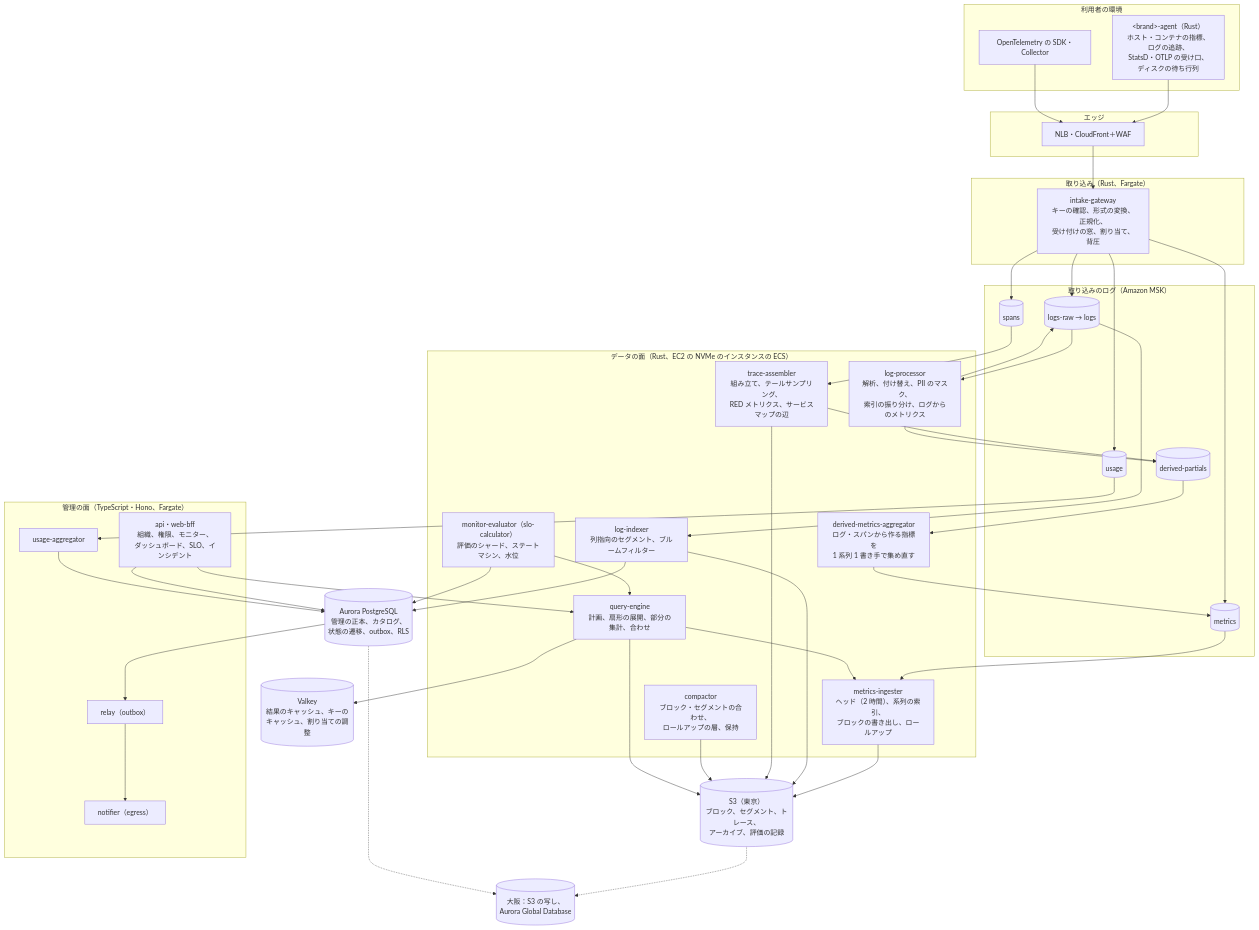
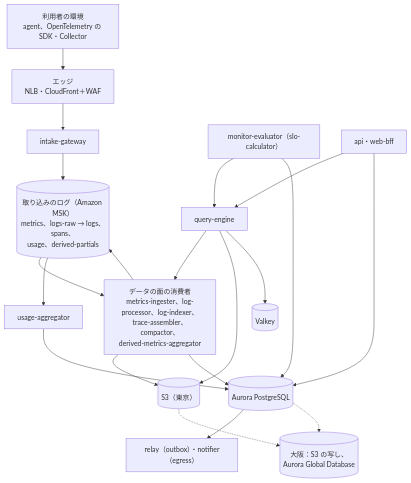
The diagram in systems/datadog/docs/architecture/README.md (shoito/rebuilds), drawn with Mermaid before and after one commit. The commit also changed other lines of this file and 395 other files, not shown here.

First line of the commit message:
docs(systems): add diagrams, slim architecture READMEs, fill missing perspectives

````diff
--- a/systems/datadog/docs/architecture/README.md
+++ b/systems/datadog/docs/architecture/README.md
@@ -26,81 +26,37 @@
 ```mermaid
 flowchart TB
-    subgraph src["利用者の環境"]
-        agent["&lt;brand&gt;-agent（Rust）<br/>ホスト・コンテナの指標、ログの追跡、<br/>StatsD・OTLP の受け口、ディスクの待ち行列"]
-        otel["OpenTelemetry の SDK・Collector"]
-    end
-
-    subgraph edge["エッジ"]
-        nlb["NLB・CloudFront＋WAF"]
-    end
-
-    subgraph intake["取り込み（Rust、Fargate）"]
-        gw["intake-gateway<br/>キーの確認、形式の変換、正規化、<br/>受け付けの窓、割り当て、背圧"]
-    end
-
-    subgraph bus["取り込みのログ（Amazon MSK）"]
-        tm[("metrics")]
-        tl[("logs-raw → logs")]
-        ts[("spans")]
-        tu[("usage")]
-        td[("derived-partials")]
-    end
-
-    subgraph dataplane["データの面（Rust、EC2 の NVMe のインスタンスの ECS）"]
-        ing["metrics-ingester<br/>ヘッド（2 時間）、系列の索引、<br/>ブロックの書き出し、ロールアップ"]
-        lp["log-processor<br/>解析、付け替え、PII のマスク、<br/>索引の振り分け、ログからのメトリクス"]
-        li["log-indexer<br/>列指向のセグメント、ブルームフィルター"]
-        ta["trace-assembler<br/>組み立て、テールサンプリング、<br/>RED メトリクス、サービスマップの辺"]
-        comp["compactor<br/>ブロック・セグメントの合わせ、<br/>ロールアップの層、保持"]
-        q["query-engine<br/>計画、扇形の展開、部分の集計、合わせ"]
-        ev["monitor-evaluator（slo-calculator）<br/>評価のシャード、ステートマシン、水位"]
-        dm["derived-metrics-aggregator<br/>ログ・スパンから作る指標を<br/>1 系列 1 書き手で集め直す"]
-    end
-
-    subgraph control["管理の面（TypeScript・Hono、Fargate）"]
-        api["api・web-bff<br/>組織、権限、モニター、<br/>ダッシュボード、SLO、インシデント"]
-        relay["relay（outbox）"]
-        notif["notifier（egress）"]
-        meter["usage-aggregator"]
-    end
-
-    s3[("S3（東京）<br/>ブロック、セグメント、トレース、<br/>アーカイブ、評価の記録")]
-    aurora[("Aurora PostgreSQL<br/>管理の正本、カタログ、<br/>状態の遷移、outbox、RLS")]
-    valkey[("Valkey<br/>結果のキャッシュ、キーの<br/>キャッシュ、割り当ての調整")]
+    src["利用者の環境<br/>agent、OpenTelemetry の SDK・Collector"]
+    edge["エッジ<br/>NLB・CloudFront＋WAF"]
+    gw["intake-gateway"]
+    msk[("取り込みのログ（Amazon MSK）<br/>metrics、logs-raw → logs、spans、<br/>usage、derived-partials")]
+    data["データの面の消費者<br/>metrics-ingester、log-processor、log-indexer、<br/>trace-assembler、compactor、<br/>derived-metrics-aggregator"]
+    q["query-engine"]
+    ev["monitor-evaluator（slo-calculator）"]
+    api["api・web-bff"]
+    notif["relay（outbox）・notifier（egress）"]
+    meter["usage-aggregator"]
+    s3[("S3（東京）")]
+    aurora[("Aurora PostgreSQL")]
+    valkey[("Valkey")]
     osaka[("大阪：S3 の写し、<br/>Aurora Global Database")]
 
-    agent --> nlb
-    otel --> nlb
-    nlb --> gw
-    gw --> tm
-    gw --> tl
-    gw --> ts
-    gw --> tu
-    tm --> ing
-    tl --> lp
-    lp --> tl
-    tl --> li
-    ts --> ta
-    ta --> td
-    lp --> td
-    td --> dm
-    dm --> tm
-    ing --> s3
-    li --> s3
-    ta --> s3
-    comp --> s3
-    li --> aurora
-    q --> ing
+    src --> edge
+    edge --> gw
+    gw --> msk
+    msk --> data
+    data --> msk
+    data --> s3
+    data --> aurora
+    q --> data
     q --> s3
     q --> valkey
     ev --> q
     ev --> aurora
     api --> q
     api --> aurora
-    aurora --> relay
-    relay --> notif
-    tu --> meter
+    aurora --> notif
+    msk --> meter
     meter --> aurora
     s3 -.-> osaka
     aurora -.-> osaka
 ```
````
